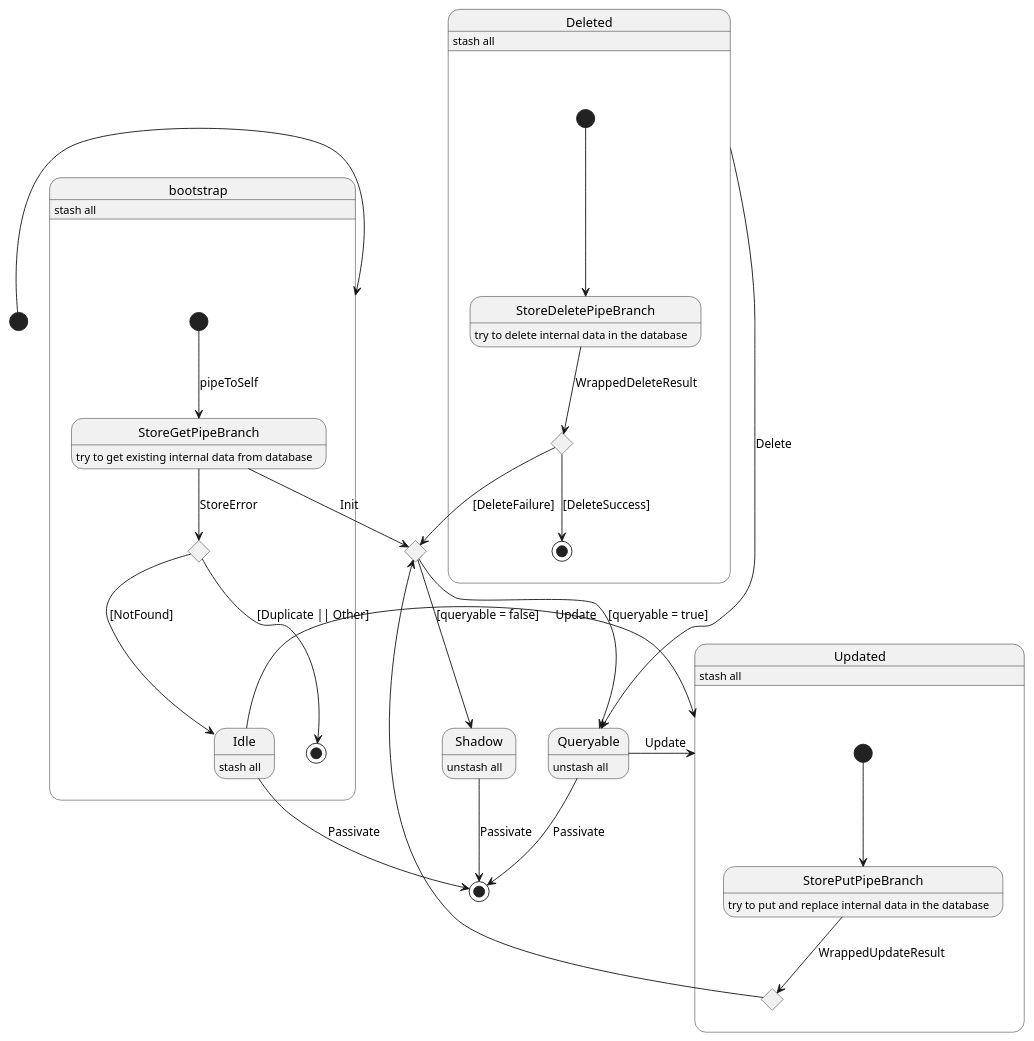
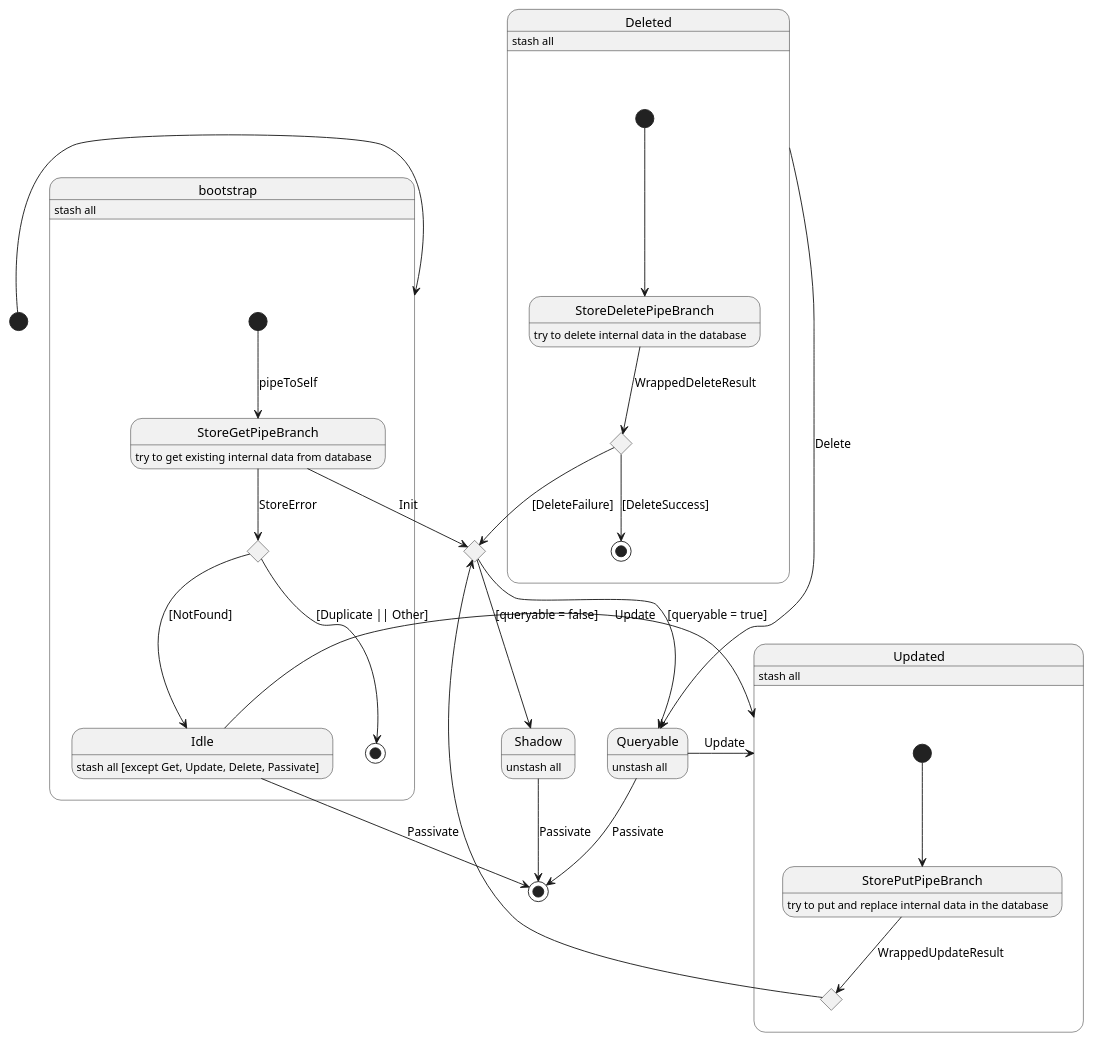
The diagram in packages/fusion-arch-doc/src/arch/actor/organization/v1.puml (ormi-org/agamis-fusion), drawn with PlantUML before and after one commit. The commit also changed 34 other files, not shown here.

```diff
--- a/packages/fusion-arch-doc/src/arch/actor/organization/v1.puml
+++ b/packages/fusion-arch-doc/src/arch/actor/organization/v1.puml
@@ -1,80 +1,59 @@
 @startuml fusion-org-v1
 
 [*] -> bootstrap
 
 state bootstrap <<sdlreceive>> {
     bootstrap : stash all
     state "StoreGetPipeBranch" as sgpb
     sgpb : try to get existing internal data from database
     [*] --> sgpb : pipeToSelf
     state sgpResultb <<choice>>
     sgpb --> sgpResultb : StoreError
     sgpResultb --> [*] : [Duplicate || Other]
     sgpResultb --> Idle : [NotFound]
 }
 
 state Idle {
-    Idle : stash all
+    Idle : stash all [except Get, Update, Delete, Passivate]
 }
 
 Idle -> Updated : Update
 
 state ib <<choice>>
 
 sgpb --> ib : Init
 ib --> Shadow : [queryable = false]
 Shadow : unstash all
 ib --> Queryable : [queryable = true]
 Queryable : unstash all
 
 state Updated  {
     Updated : stash all
     state "StorePutPipeBranch" as sppb
     sppb : try to put and replace internal data in the database
     [*] --> sppb
     state sppResultb <<choice>>
     sppb --> sppResultb : WrappedUpdateResult
     sppResultb --> ib
 }
 
 Queryable -> Updated : Update
 
 state Deleted {
     Deleted : stash all
     state "StoreDeletePipeBranch" as srpb
     srpb : try to delete internal data in the database
     [*] --> srpb
     state srpResultb <<choice>>
     srpb --> srpResultb : WrappedDeleteResult
     srpResultb --> ib : [DeleteFailure]
     srpResultb --> [*] : [DeleteSuccess]
 }
 
 Deleted -> Queryable : Delete
 
 Shadow --> [*] : Passivate
 Queryable --> [*] : Passivate
 Idle --> [*] : Passivate
 
-' bootstrap --> init : StoreError
-
-' state "InitialState" as init
-' init : stash all
-
-' bootstrap --> init : StoreSuccess
-
-' state c1 <<choice>>
-
-' init --> c1
-' c1 --> Shadow : [queryable = false]
-' Shadow : unstash all
-' c1 --> Queryable : [queryable = true]
-' Queryable : unstash all
-
-' state j1 <<join>>
-' Shadow --> j1 : shutdown
-' Queryable --> j1 : shutdown
-
-' j1 --> [*]
-
 @enduml
```
